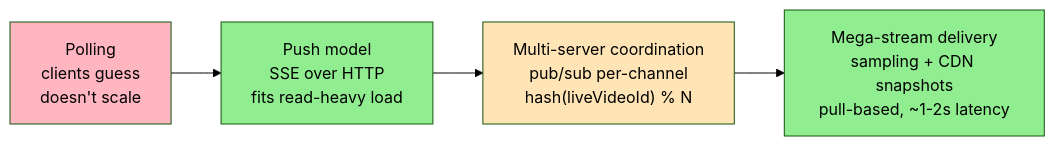
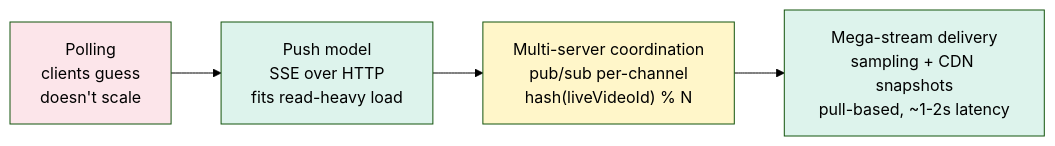
One commit to cartmancodes/InterviewVault changed the first of 3 diagrams in LLD/SystemDesign/ProblemBreakdowns/FbLiveComments.md. Above: the diagram before and after it, drawn with Mermaid (forest theme). The commit also changed 679 other files, not shown here.

Commit message:
Unify content diagrams and add accessible visual walkthroughs

````diff
--- a/LLD/SystemDesign/ProblemBreakdowns/FbLiveComments.md
+++ b/LLD/SystemDesign/ProblemBreakdowns/FbLiveComments.md
@@ -202,11 +202,11 @@
 ```mermaid
 graph LR
     P["Polling<br/>clients guess<br/>doesn't scale"] --> PU["Push model<br/>SSE over HTTP<br/>fits read-heavy load"]
     PU --> CO["Multi-server coordination<br/>pub/sub per-channel<br/>hash(liveVideoId) % N"]
     CO --> MS["Mega-stream delivery<br/>sampling + CDN snapshots<br/>pull-based, ~1-2s latency"]
 
-    style P fill:#FFB6C1
-    style PU fill:#90EE90
-    style CO fill:#FFE4B5
-    style MS fill:#90EE90
+    style P fill:#FCE5EA
+    style PU fill:#DDF3EC
+    style CO fill:#FFF6C9
+    style MS fill:#DDF3EC
 ```
````
